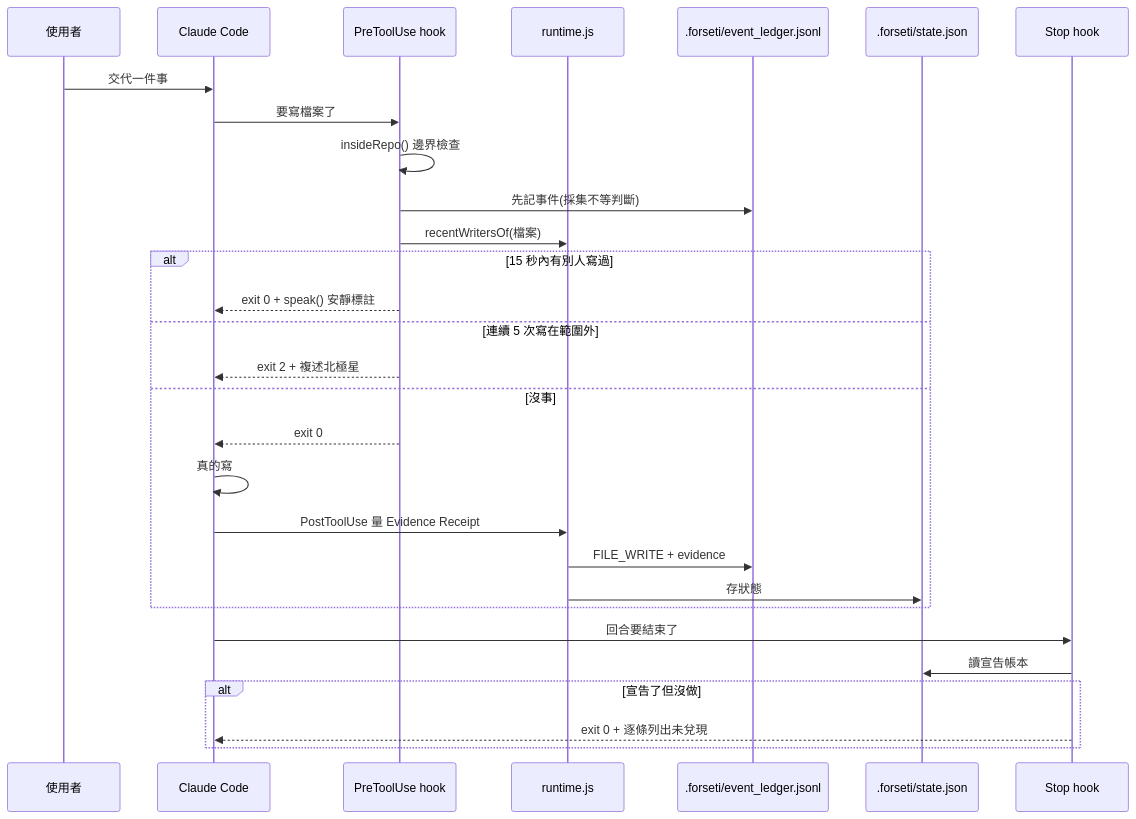
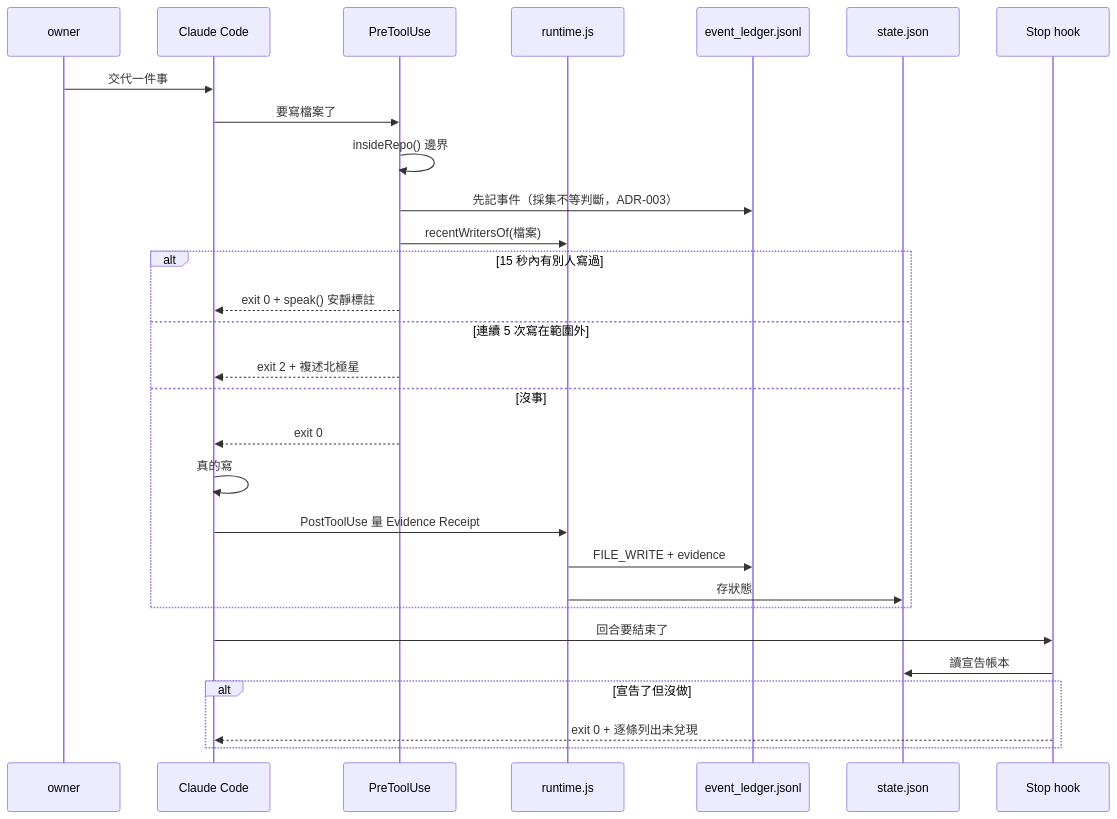
Before and after one commit to norika1207-lab/Forseti-Agent-Runtime: the fourth of 7 diagrams in docs/SYSTEM_ARCHITECTURE_2026-09-11.md, drawn with Mermaid. The commit also changed other lines of this file and 2 other files, not shown here.

````diff
--- a/docs/SYSTEM_ARCHITECTURE_2026-09-11.md
+++ b/docs/SYSTEM_ARCHITECTURE_2026-09-11.md
@@ -134,32 +275,32 @@
 ```mermaid
 sequenceDiagram
-    participant U as 使用者
+    participant U as owner
     participant CC as Claude Code
-    participant PRE as PreToolUse hook
+    participant PRE as PreToolUse
     participant RT as runtime.js
-    participant EL as .forseti/event_ledger.jsonl
-    participant ST as .forseti/state.json
+    participant EL as event_ledger.jsonl
+    participant ST as state.json
     participant STOP as Stop hook
 
     U->>CC: 交代一件事
     CC->>PRE: 要寫檔案了
-    PRE->>PRE: insideRepo() 邊界檢查
-    PRE->>EL: 先記事件(採集不等判斷)
+    PRE->>PRE: insideRepo() 邊界
+    PRE->>EL: 先記事件（採集不等判斷，ADR-003）
     PRE->>RT: recentWritersOf(檔案)
     alt 15 秒內有別人寫過
         PRE-->>CC: exit 0 + speak() 安靜標註
     else 連續 5 次寫在範圍外
         PRE-->>CC: exit 2 + 複述北極星
     else 沒事
         PRE-->>CC: exit 0
         CC->>CC: 真的寫
         CC->>RT: PostToolUse 量 Evidence Receipt
         RT->>EL: FILE_WRITE + evidence
         RT->>ST: 存狀態
     end
     CC->>STOP: 回合要結束了
     STOP->>ST: 讀宣告帳本
     alt 宣告了但沒做
         STOP-->>CC: exit 0 + 逐條列出未兌現
     end
 ```
````
